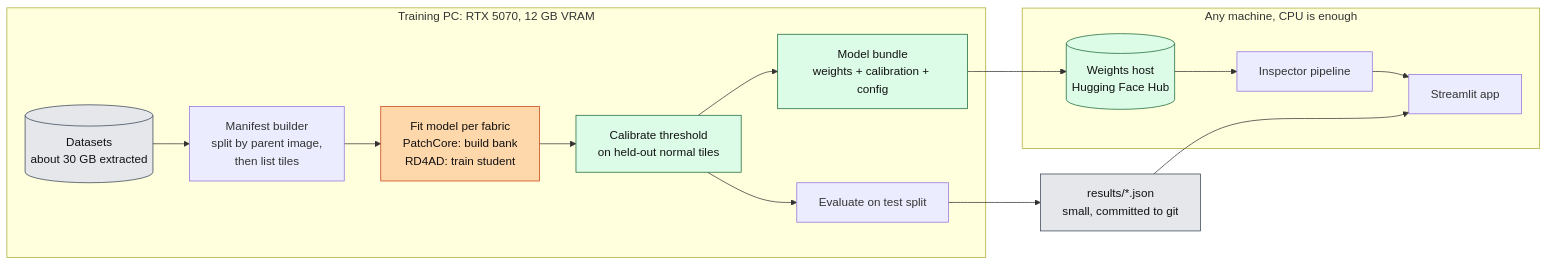
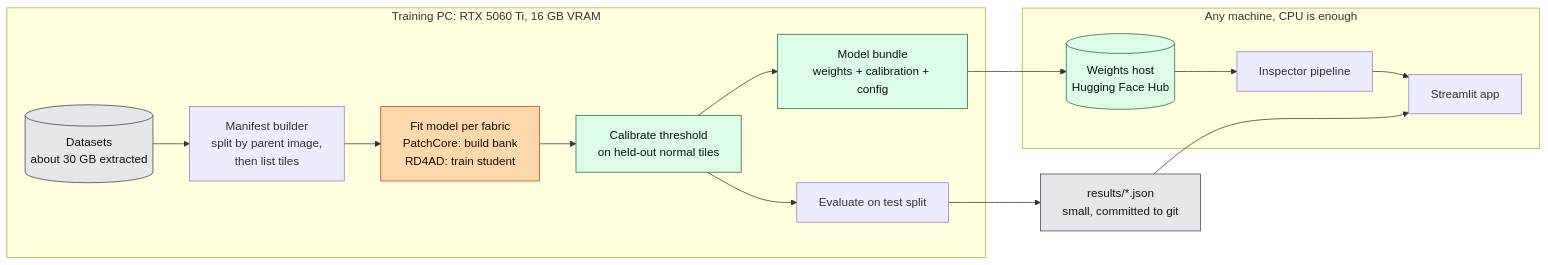
Before and after one commit to Zain-Shykh/LoomGuard: the second of 13 diagrams in docs/ARCHITECTURE.md, drawn with Mermaid. The commit also changed other lines of this file and 8 other files, not shown here.

Commit message:
Training PC is an RTX 5060 Ti (16 GB): update docs, add D-59

````diff
--- a/docs/ARCHITECTURE.md
+++ b/docs/ARCHITECTURE.md
@@ -45,21 +45,21 @@
 ```mermaid
 flowchart LR
-  subgraph PC["Training PC: RTX 5070, 12 GB VRAM"]
+  subgraph PC["Training PC: RTX 5060 Ti, 16 GB VRAM"]
     DS[("Datasets<br/>about 30 GB extracted")]:::data --> MAN["Manifest builder<br/>split by parent image,<br/>then list tiles"]
     MAN --> FIT["Fit model per fabric<br/>PatchCore: build bank<br/>RD4AD: train student"]:::train
     FIT --> CAL["Calibrate threshold<br/>on held-out normal tiles"]:::store
     CAL --> EVAL["Evaluate on test split"]
     CAL --> BUN["Model bundle<br/>weights + calibration + config"]:::store
   end
   EVAL --> RES["results/*.json<br/>small, committed to git"]:::data
   BUN --> HUB[("Weights host<br/>Hugging Face Hub")]:::store
   subgraph APP["Any machine, CPU is enough"]
     HUB --> INS["Inspector pipeline"]
     INS --> UI["Streamlit app"]
   end
   RES --> UI
   classDef frozen fill:#dbeafe,stroke:#1e40af,color:#111
   classDef train fill:#fed7aa,stroke:#c2410c,color:#111
   classDef store fill:#dcfce7,stroke:#166534,color:#111
   classDef data fill:#e5e7eb,stroke:#374151,color:#111
 ```
````
